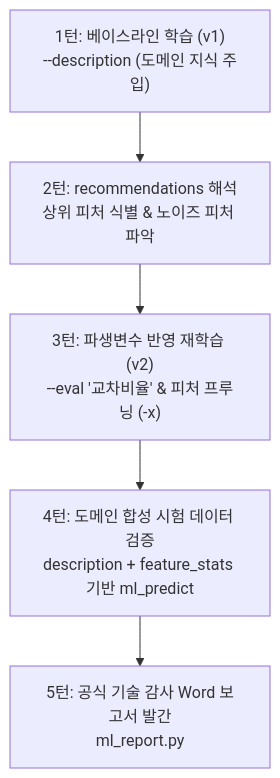
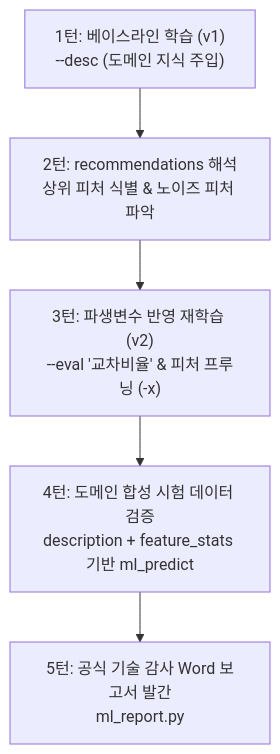
Before and after one commit to Sein-Oh/AI_WORK: the second of 2 diagrams in CLI-dev/ml-kit/README.md, drawn with Mermaid. The commit also changed other lines of this file and 23 other files, not shown here.

````diff
--- a/CLI-dev/ml-kit/README.md
+++ b/CLI-dev/ml-kit/README.md
@@ -1168,7 +1168,7 @@
 ```mermaid
 flowchart TD
-    Step1["1턴: 베이스라인 학습 (v1)<br>--description (도메인 지식 주입)"] --> Step2["2턴: recommendations 해석<br>상위 피처 식별 & 노이즈 피처 파악"]
+    Step1["1턴: 베이스라인 학습 (v1)<br>--desc (도메인 지식 주입)"] --> Step2["2턴: recommendations 해석<br>상위 피처 식별 & 노이즈 피처 파악"]
     Step2 --> Step3["3턴: 파생변수 반영 재학습 (v2)<br>--eval '교차비율' & 피처 프루닝 (-x)"]
     Step3 --> Step4["4턴: 도메인 합성 시험 데이터 검증<br>description + feature_stats 기반 ml_predict"]
     Step4 --> Step5["5턴: 공식 기술 감사 Word 보고서 발간<br>ml_report.py"]
 ```
````
